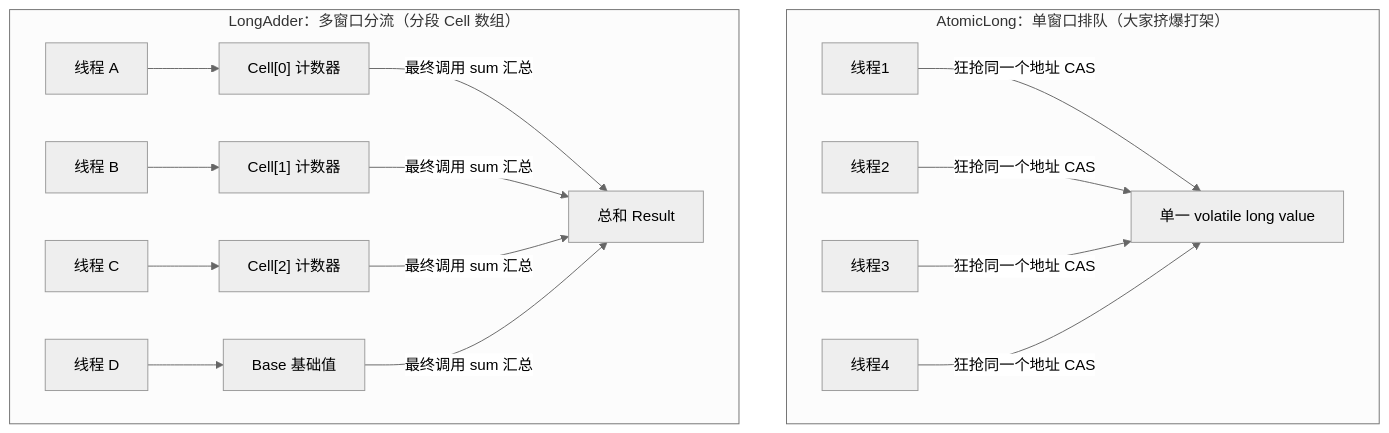
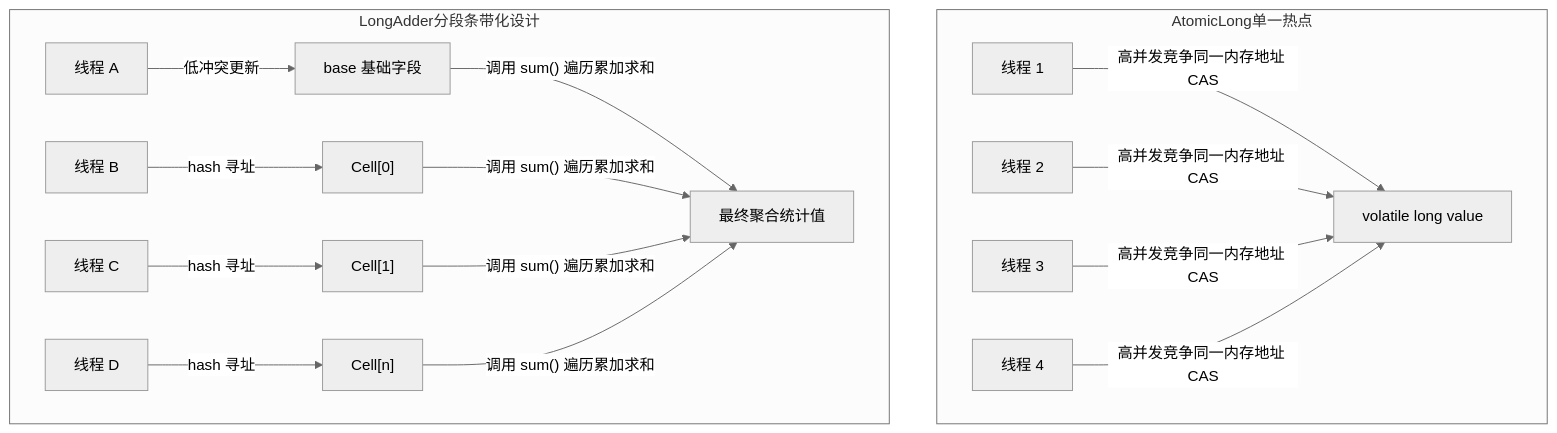
The fourth of 4 diagrams in 20-Java后端/03-并发编程/04-CAS与原子类.md (GuoWWWX/knowledge-base), drawn with Mermaid (neutral theme) before and after one commit. The commit also changed other lines of this file and 234 other files, not shown here.

````diff
--- a/20-Java后端/03-并发编程/04-CAS与原子类.md
+++ b/20-Java后端/03-并发编程/04-CAS与原子类.md
@@ -154,15 +184,15 @@
 ```mermaid
 flowchart TD
-    subgraph S1["AtomicLong：单窗口排队（大家挤爆打架）"]
-        T1["线程1"] & T2["线程2"] & T3["线程3"] & T4["线程4"] -->|狂抢同一个地址 CAS| AL["单一 volatile long value"]
+    subgraph AtomicLong单一热点
+        T1["线程 1"] & T2["线程 2"] & T3["线程 3"] & T4["线程 4"] -->|"高并发竞争同一内存地址 CAS"| AL["volatile long value"]
     end
 
-    subgraph S2["LongAdder：多窗口分流（分段 Cell 数组）"]
-        TA["线程 A"] --> CA["Cell[0] 计数器"]
-        TB["线程 B"] --> CB["Cell[1] 计数器"]
-        TC["线程 C"] --> CC["Cell[2] 计数器"]
-        TD["线程 D"] --> CD["Base 基础值"]
+    subgraph LongAdder分段条带化设计
+        ThreadA["线程 A"] -->|"低冲突更新"| Base["base 基础字段"]
+        ThreadB["线程 B"] -->|"hash 寻址"| Cell0["Cell[0]"]
+        ThreadC["线程 C"] -->|"hash 寻址"| Cell1["Cell[1]"]
+        ThreadD["线程 D"] -->|"hash 寻址"| CellN["Cell[n]"]
         
-        CA & CB & CC & CD -->|最终调用 sum 汇总| SUM["总和 Result"]
+        Base & Cell0 & Cell1 & CellN -->|"调用 sum() 遍历累加求和"| Total["最终聚合统计值"]
     end
 ```
````
